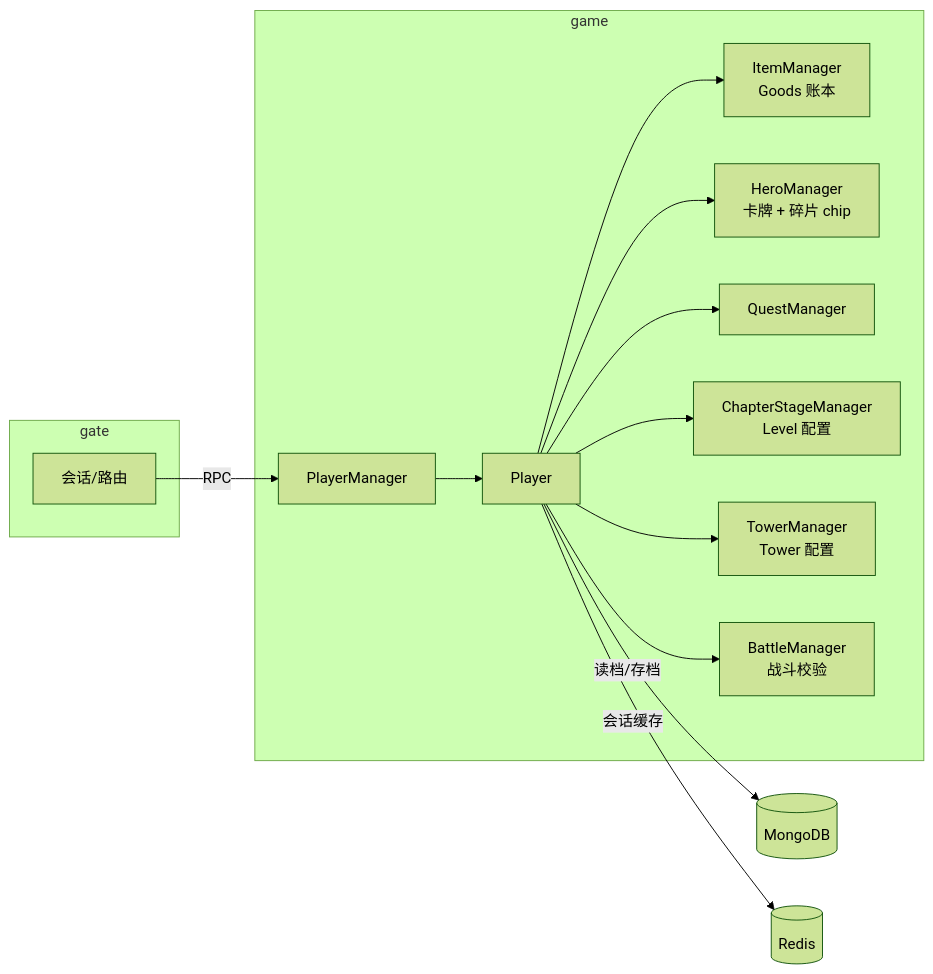
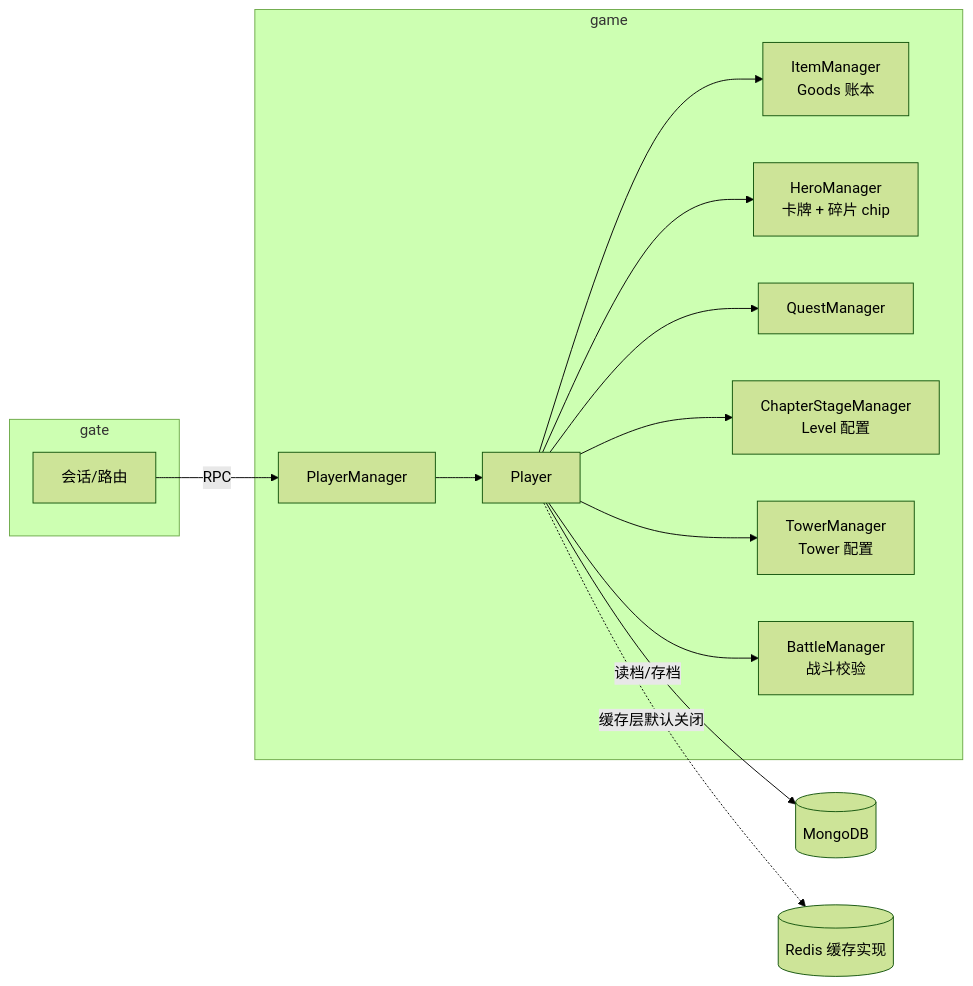
The second of 4 diagrams in docs/organize_graph.md (east-eden/server), drawn with Mermaid (forest theme) before and after one commit. The commit also changed other lines of this file and 10 other files, not shown here.

````diff
--- a/docs/organize_graph.md
+++ b/docs/organize_graph.md
@@ -49,22 +46,22 @@
 ```mermaid
 graph LR
     subgraph gate
         GS[会话/路由]
     end
 
     subgraph game
         PM[PlayerManager]
         P[Player]
         P --> IM[ItemManager<br/>Goods 账本]
         P --> HM[HeroManager<br/>卡牌 + 碎片 chip]
         P --> QM[QuestManager]
         P --> SM[ChapterStageManager<br/>Level 配置]
         P --> TM[TowerManager<br/>Tower 配置]
         P --> BM[BattleManager<br/>战斗校验]
     end
 
     GS -->|RPC| PM
     PM --> P
     P -->|读档/存档| Mongo[(MongoDB)]
-    P -->|会话缓存| Redis[(Redis)]
+    P -.缓存层默认关闭.-> Cache[(Redis 缓存实现)]
 ```
````
